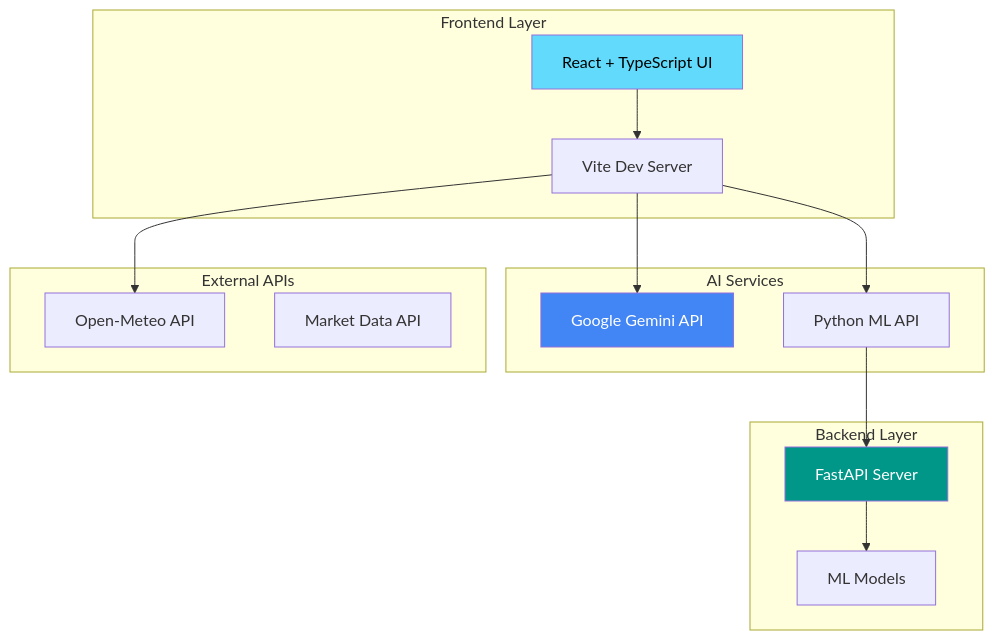
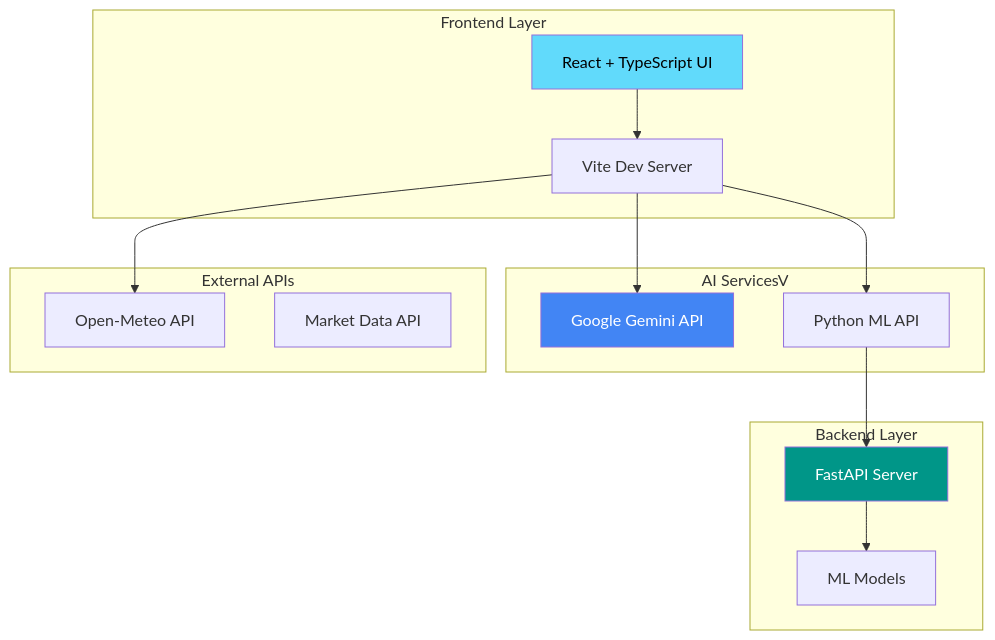
The first of 13 diagrams in app/ARCHITECTURE_DOCUMENTATION.md (suprit-4618/AgriVerseAI), drawn with Mermaid before and after one commit. The commit also changed 4 other files, not shown here.

````diff
--- a/app/ARCHITECTURE_DOCUMENTATION.md
+++ b/app/ARCHITECTURE_DOCUMENTATION.md
@@ -19,33 +19,33 @@
 ```mermaid
 flowchart TB
     subgraph "Frontend Layer"
         UI["React + TypeScript UI"]
         Vite["Vite Dev Server"]
     end
     
-    subgraph "AI Services"
+    subgraph "AI Services"V
         Gemini["Google Gemini API"]
         PyML["Python ML API"]
     end
     
     subgraph "Backend Layer"
         FastAPI["FastAPI Server"]
         MLModels["ML Models"]
     end
     
     subgraph "External APIs"
         Weather["Open-Meteo API"]
         Market["Market Data API"]
     end
     
     UI --> Vite
     Vite --> Gemini
     Vite --> PyML
     Vite --> Weather
     FastAPI --> MLModels
     PyML --> FastAPI
     
     style Gemini fill:#4285F4,color:#fff
     style FastAPI fill:#009688,color:#fff
     style UI fill:#61DAFB,color:#000
 ```
````
